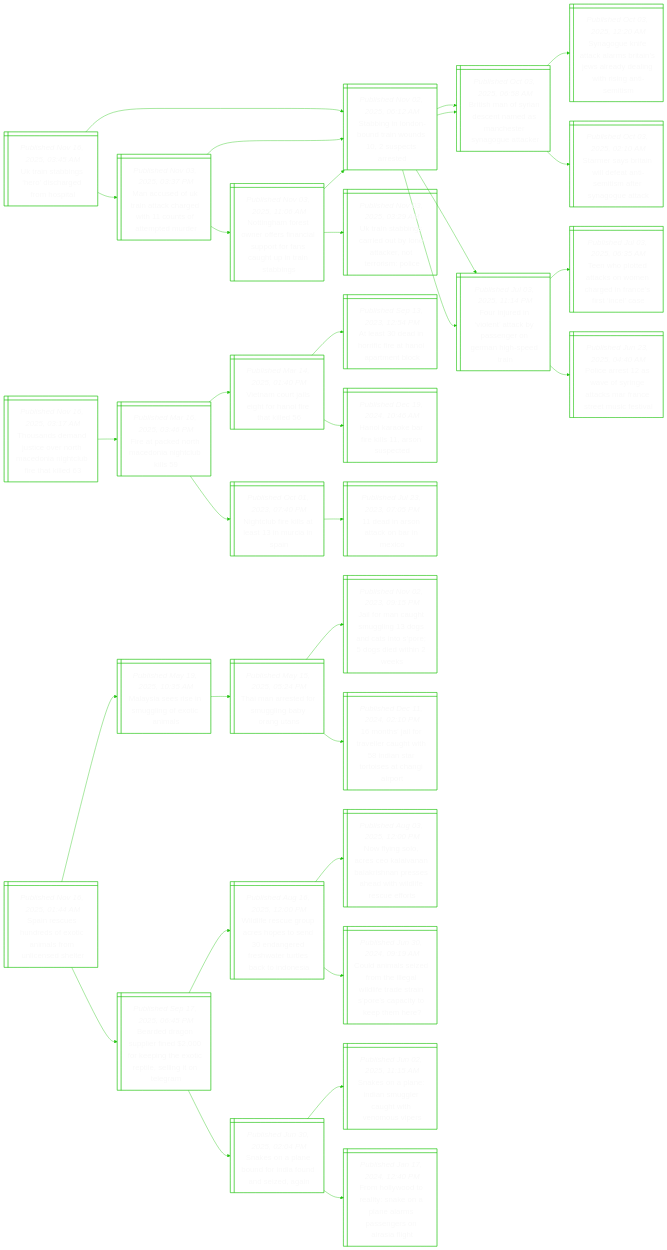
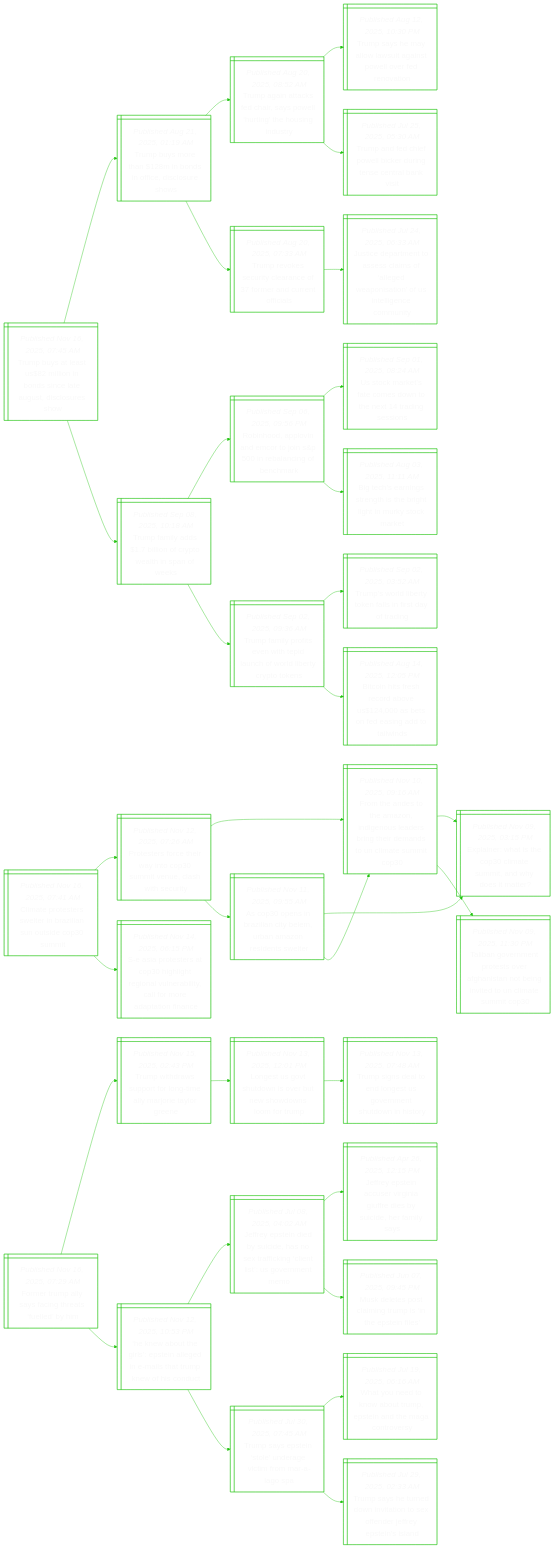
The diagram in README.md (notJmes/notJmes), drawn with Mermaid before and after one commit. The commit also changed other lines of this file, not shown here.

````diff
--- a/README.md
+++ b/README.md
@@ -16,109 +16,109 @@
 flowchart LR
 classDef txtsize font-size:20px;
 
-Uibsdafoa@{ shape: win-pane, label: "_Published Nov 16, 2025, 03:45 AM_
-Uk train stabbings ‘hero’ discharged from hospital" }
-SiLndndpat@{ shape: win-pane, label: "_Published Nov 02, 2025, 06:12 AM_
-Stabbing in london-bound train wounds 10, 2 suspects arrested" }
-Bsoisnaceaec@{ shape: win-pane, label: "_Published Oct 03, 2025, 06:58 AM_
-British man of syrian descent named as manchester synagogue attacker" }
-Sontasaerdnhnit@{ shape: win-pane, label: "_Published Oct 03, 2025, 12:20 AM_
-Synagogue knife attack alarms britain’s jews already dealing with rising anti-semitism" }
-Sesaletiasot@{ shape: win-pane, label: "_Published Oct 03, 2025, 02:10 AM_
-Starmer says britain will defeat anti-semitism after synagogue attack" }
-Fndoakseehpr@{ shape: win-pane, label: "_Published Jul 03, 2025, 11:14 PM_
-Four injured in ‘violent’ attack by passenger on german high-speed train" }
-Thttsmainina@{ shape: win-pane, label: "_Published Jul 03, 2025, 06:35 AM_
-Teen who plotted attacks on women charged in france’s first ‘incel’ case" }
-Pesasgaanruea@{ shape: win-pane, label: "_Published Jun 23, 2025, 04:40 AM_
-Police arrest 12 as wave of syringe attacks mar france street music festival" }
-Mcortcehtttr@{ shape: win-pane, label: "_Published Nov 03, 2025, 03:37 PM_
-Man accused of uk train attack charged with 11 counts of attempted murder" }
-SiLndndpat@{ shape: win-pane, label: "_Published Nov 02, 2025, 06:12 AM_
-Stabbing in london-bound train wounds 10, 2 suspects arrested" }
-Bsoisnaceaec@{ shape: win-pane, label: "_Published Oct 03, 2025, 06:58 AM_
-British man of syrian descent named as manchester synagogue attacker" }
-Fndoakseehpr@{ shape: win-pane, label: "_Published Jul 03, 2025, 11:14 PM_
-Four injured in ‘violent’ attack by passenger on german high-speed train" }
-NnFtrralorcttsi@{ shape: win-pane, label: "_Published Nov 03, 2025, 11:06 AM_
-Nottingham forest owner offers financial support for fans caught up in train stabbings" }
-SiLndndpat@{ shape: win-pane, label: "_Published Nov 02, 2025, 06:12 AM_
-Stabbing in london-bound train wounds 10, 2 suspects arrested" }
-Uibsitnanrsi@{ shape: win-pane, label: "_Published Nov 03, 2025, 03:29 AM_
-Uk train stabbings carried out by lone attacker, not terrorism: police" }
+Tbttlidcescro@{ shape: win-pane, label: "_Published Nov 16, 2025, 07:45 AM_
+Trump buys at least us$82 million in bonds since late august, disclosures show" }
+Tboabiisuo@{ shape: win-pane, label: "_Published Aug 21, 2025, 01:19 AM_
+Trump buys more than $128m in bonds in office, disclosure shows" }
+Taakcsohnhnu@{ shape: win-pane, label: "_Published Aug 20, 2025, 08:52 AM_
+Trump again attacks fed chair, says powell ‘hurting’ the housing industry" }
+Tselatnwvdvn@{ shape: win-pane, label: "_Published Aug 12, 2025, 10:30 PM_
+Trump says he may allow lawsuit against powell over fed renovation" }
+Tadflkreelv@{ shape: win-pane, label: "_Published Jul 25, 2025, 05:30 AM_
+Trump and fed chief powell bicker during tense central bank visit" }
+Treucafecnis@{ shape: win-pane, label: "_Published Aug 20, 2025, 07:33 AM_
+Trump revokes security clearance of 37 former and current officials" }
+JcanscslwniUeeoi@{ shape: win-pane, label: "_Published Jul 24, 2025, 06:33 AM_
+Justice department to assess claims of ‘alleged weaponisation’ of us intelligence community" }
+Tfyborwhae@{ shape: win-pane, label: "_Published Sep 08, 2025, 10:18 AM_
+Trump family adds $1.7 billion of crypto wealth in span of weeks" }
+RhpiEtnragnr@{ shape: win-pane, label: "_Published Sep 06, 2025, 09:56 PM_
+Robinhood, applovin and emcor to join s&p 500 in rebalancing of benchmark" }
+Uckamwhtiss@{ shape: win-pane, label: "_Published Sep 01, 2025, 08:24 AM_
+Us stock market’s fate comes down to the next 14 trading sessions" }
+Bcrsnsrlikck@{ shape: win-pane, label: "_Published Aug 03, 2025, 11:11 AM_
+Big tech’s earnings strength is the bright light in murky stock market" }
+Tfyiehdcoiyte@{ shape: win-pane, label: "_Published Sep 02, 2025, 09:36 AM_
+Trump family profits even with tepid launch of world liberty crypto tokens" }
+Tsdrklfdtn@{ shape: win-pane, label: "_Published Sep 02, 2025, 03:52 AM_
+Trump’s world liberty token falls in first day of trading" }
+Bishrvsoegow@{ shape: win-pane, label: "_Published Aug 14, 2025, 12:05 PM_
+Bitcoin hits fresh record above us$124,000 as bets on fed easing add to tailwinds" }
 
-Uibsdafoa:::txtsize --> SiLndndpat:::txtsize
-SiLndndpat:::txtsize --> Bsoisnaceaec:::txtsize
-Bsoisnaceaec:::txtsize --> Sontasaerdnhnit:::txtsize
-Bsoisnaceaec:::txtsize --> Sesaletiasot:::txtsize
-SiLndndpat:::txtsize --> Fndoakseehpr:::txtsize
-Fndoakseehpr:::txtsize --> Thttsmainina:::txtsize
-Fndoakseehpr:::txtsize --> Pesasgaanruea:::txtsize
-Uibsdafoa:::txtsize --> Mcortcehtttr:::txtsize
-Mcortcehtttr:::txtsize --> SiLndndpat:::txtsize
-SiLndndpat:::txtsize --> Bsoisnaceaec:::txtsize
-SiLndndpat:::txtsize --> Fndoakseehpr:::txtsize
-Mcortcehtttr:::txtsize --> NnFtrralorcttsi:::txtsize
-NnFtrralorcttsi:::txtsize --> SiLndndpat:::txtsize
-NnFtrralorcttsi:::txtsize --> Uibsitnanrsi:::txtsize
+Tbttlidcescro:::txtsize --> Tboabiisuo:::txtsize
+Tboabiisuo:::txtsize --> Taakcsohnhnu:::txtsize
+Taakcsohnhnu:::txtsize --> Tselatnwvdvn:::txtsize
+Taakcsohnhnu:::txtsize --> Tadflkreelv:::txtsize
+Tboabiisuo:::txtsize --> Treucafecnis:::txtsize
+Treucafecnis:::txtsize --> JcanscslwniUeeoi:::txtsize
+Tbttlidcescro:::txtsize --> Tfyborwhae:::txtsize
+Tfyborwhae:::txtsize --> RhpiEtnragnr:::txtsize
+RhpiEtnragnr:::txtsize --> Uckamwhtiss:::txtsize
+RhpiEtnragnr:::txtsize --> Bcrsnsrlikck:::txtsize
+Tfyborwhae:::txtsize --> Tfyiehdcoiyte:::txtsize
+Tfyiehdcoiyte:::txtsize --> Tsdrklfdtn:::txtsize
+Tfyiehdcoiyte:::txtsize --> Bishrvsoegow:::txtsize
 
-Taejcrhdncial@{ shape: win-pane, label: "_Published Nov 16, 2025, 03:17 AM_
-Thousands demand justice over north macedonia nightclub fire that killed 63" }
-Fteteatk@{ shape: win-pane, label: "_Published Mar 16, 2025, 03:46 PM_
-Fire at packed north macedonia nightclub kills 59" }
-VarlhHfhl@{ shape: win-pane, label: "_Published Mar 14, 2025, 01:40 PM_
-Vietnam court jails eight for hanoi fire that killed 56" }
-Asdrcaortk@{ shape: win-pane, label: "_Published Sep 13, 2023, 12:54 PM_
-At least 30 dead in horrific fire at hanoi apartment block" }
-Hkkfirut@{ shape: win-pane, label: "_Published Dec 19, 2024, 10:46 AM_
-Hanoi karaoke bar fire kills 11, arson suspected" }
-NcillicS@{ shape: win-pane, label: "_Published Oct 01, 2023, 07:40 PM_
-Nightclub fire kills at least 13 in murcia in spain" }
-dnncae@{ shape: win-pane, label: "_Published Jul 23, 2023, 07:05 PM_
-11 dead in arson attack on bar in mexico" }
+CttrlnistCm@{ shape: win-pane, label: "_Published Nov 16, 2025, 07:41 AM_
+Climate protesters swelter in brazilian sun outside cop30 summit" }
+Psftwtstehsi@{ shape: win-pane, label: "_Published Nov 12, 2025, 07:26 AM_
+Protesters force their way into cop30 summit venue, clash with security" }
+FhehzdoabtddNamO@{ shape: win-pane, label: "_Published Nov 10, 2025, 09:16 AM_
+From the andes to the amazon, indigenous leaders bring their demands to un climate summit cop30" }
+EihtPamndte@{ shape: win-pane, label: "_Published Nov 09, 2025, 03:15 PM_
+Explainer: what is the cop30 climate summit, and why does it matter?" }
+Taentofinivtlei@{ shape: win-pane, label: "_Published Nov 09, 2025, 11:30 PM_
+Taliban government protests over afghanistan not being invited to un climate summit cop30" }
+AoiznBuAndse@{ shape: win-pane, label: "_Published Nov 11, 2025, 09:55 AM_
+As cop30 opens in brazilian city belem, urban amazon residents swelter" }
+EihtPamndte@{ shape: win-pane, label: "_Published Nov 09, 2025, 03:15 PM_
+Explainer: what is the cop30 climate summit, and why does it matter?" }
+FhehzdoabtddNamO@{ shape: win-pane, label: "_Published Nov 10, 2025, 09:16 AM_
+From the andes to the amazon, indigenous leaders bring their demands to un climate summit cop30" }
+SaesPlrnlbyfrpoa@{ shape: win-pane, label: "_Published Nov 14, 2025, 06:15 PM_
+S-e asia protesters at cop30 highlight regional vulnerability, call for more adaptation finance" }
 
-Taejcrhdncial:::txtsize --> Fteteatk:::txtsize
-Fteteatk:::txtsize --> VarlhHfhl:::txtsize
-VarlhHfhl:::txtsize --> Asdrcaortk:::txtsize
-VarlhHfhl:::txtsize --> Hkkfirut:::txtsize
-Fteteatk:::txtsize --> NcillicS:::txtsize
-NcillicS:::txtsize --> dnncae:::txtsize
+CttrlnistCm:::txtsize --> Psftwtstehsi:::txtsize
+Psftwtstehsi:::txtsize --> FhehzdoabtddNamO:::txtsize
+FhehzdoabtddNamO:::txtsize --> EihtPamndte:::txtsize
+FhehzdoabtddNamO:::txtsize --> Taentofinivtlei:::txtsize
+Psftwtstehsi:::txtsize --> AoiznBuAndse:::txtsize
+AoiznBuAndse:::txtsize --> EihtPamndte:::txtsize
+AoiznBuAndse:::txtsize --> FhehzdoabtddNamO:::txtsize
+CttrlnistCm:::txtsize --> SaesPlrnlbyfrpoa:::txtsize
 
-Sredotifnnhr@{ shape: win-pane, label: "_Published Nov 16, 2025, 01:44 AM_
-Spain rescues hundreds of exotic animals from unlicensed shelter" }
-Mseeunxal@{ shape: win-pane, label: "_Published May 19, 2025, 10:35 AM_
-Malaysia sees rise in smuggling of exotic animals" }
-Taefunygs@{ shape: win-pane, label: "_Published May 15, 2025, 05:24 PM_
-Thai man arrested for smuggling baby orang utans" }
-JoctgdnsSdite@{ shape: win-pane, label: "_Published Nov 02, 2023, 09:15 PM_
-Jail for man caught smuggling 13 dogs and cats into s’pore; 5 dogs died within 2 weeks" }
-msfaegtiatsait@{ shape: win-pane, label: "_Published Dec 11, 2024, 02:10 PM_
-16 months’ jail for traveller caught with 58 indian star tortoises at changi airport" }
-Begprdegxrlltlm@{ shape: win-pane, label: "_Published Sep 17, 2025, 06:45 PM_
-Bearded dragon supplier fined $2,000 for keeping the exotic reptile, selling it on telegram" }
-Wisrcooegfwtekdi@{ shape: win-pane, label: "_Published Aug 16, 2025, 12:00 PM_
-Wildlife rescue group acres hopes to send 30 endangered freshwater turtles back to indonesia" }
-NyorOinkneawifcf@{ shape: win-pane, label: "_Published Aug 03, 2025, 12:00 PM_
-Now flying solo, acres ceo kalaivanan balakrishnan presses ahead with wildlife rescue efforts" }
-Calzoiadtsneatph@{ shape: win-pane, label: "_Published Jun 30, 2024, 09:19 AM_
-Could animals seized from the illegal wildlife trade strain s’pore’s capacity to keep them here?" }
-Sslooinsdn@{ shape: win-pane, label: "_Published Jun 30, 2025, 02:04 PM_
-Snakes on a plane bound for india found and seized, again" }
-Sslnsluinsr@{ shape: win-pane, label: "_Published Jun 02, 2025, 11:15 AM_
-Snakes on a plane: indian smuggler caught with venomous vipers" }
-Foortkpasesrft@{ shape: win-pane, label: "_Published Jan 17, 2024, 12:40 PM_
-From hollywood to reality: snake on a plane alarms passengers on airasia flight" }
+Frpsattly@{ shape: win-pane, label: "_Published Nov 16, 2025, 07:29 AM_
+Former trump ally says facing threats ‘fuelled’ by him" }
+TwrutomyoaGe@{ shape: win-pane, label: "_Published Nov 15, 2025, 02:43 PM_
+Trump withdraws support for long-time ally marjorie taylor greene" }
+Lsounenonmr@{ shape: win-pane, label: "_Published Nov 13, 2025, 12:01 PM_
+Longest us govt shutdown is over but new showdowns loom for trump" }
+Tsdootveuns@{ shape: win-pane, label: "_Published Nov 13, 2025, 07:48 AM_
+Trump signs deal to end longest us government shutdown in history" }
+HwtipngesTkfot@{ shape: win-pane, label: "_Published Nov 12, 2025, 10:53 PM_
+‘he knew about the girls’: epstein alleged in e-mails that trump knew of his conduct" }
+Jetisdntigntvem@{ shape: win-pane, label: "_Published Jul 08, 2025, 04:02 AM_
+Jeffrey epstein died by suicide, has no sex trafficking ‘client list’: us government memo" }
+Jetcriiebceiy@{ shape: win-pane, label: "_Published Apr 26, 2025, 12:15 PM_
+Jeffrey epstein accuser virginia giuffre dies by suicide, her family says" }
+MesciuiEie@{ shape: win-pane, label: "_Published Jun 07, 2025, 09:45 PM_
+Musk deletes post claiming trump is ‘in the epstein files’" }
+Tspnerifag@{ shape: win-pane, label: "_Published Jul 30, 2025, 07:45 AM_
+Trump says epstein ‘stole’ underage victim from mar-a-lago spa" }
+WodoumtnMov@{ shape: win-pane, label: "_Published Jul 19, 2025, 06:16 AM_
+What you need to know about trump, epstein and the maga controversy" }
+Tseentnxneyes@{ shape: win-pane, label: "_Published Jul 29, 2025, 02:33 AM_
+Trump says he turned down invitation to sex offender jeffrey epstein’s island" }
 
-Sredotifnnhr:::txtsize --> Mseeunxal:::txtsize
-Mseeunxal:::txtsize --> Taefunygs:::txtsize
-Taefunygs:::txtsize --> JoctgdnsSdite:::txtsize
-Taefunygs:::txtsize --> msfaegtiatsait:::txtsize
-Sredotifnnhr:::txtsize --> Begprdegxrlltlm:::txtsize
-Begprdegxrlltlm:::txtsize --> Wisrcooegfwtekdi:::txtsize
-Wisrcooegfwtekdi:::txtsize --> NyorOinkneawifcf:::txtsize
-Wisrcooegfwtekdi:::txtsize --> Calzoiadtsneatph:::txtsize
-Begprdegxrlltlm:::txtsize --> Sslooinsdn:::txtsize
-Sslooinsdn:::txtsize --> Sslnsluinsr:::txtsize
-Sslooinsdn:::txtsize --> Foortkpasesrft:::txtsize
+Frpsattly:::txtsize --> TwrutomyoaGe:::txtsize
+TwrutomyoaGe:::txtsize --> Lsounenonmr:::txtsize
+Lsounenonmr:::txtsize --> Tsdootveuns:::txtsize
+Frpsattly:::txtsize --> HwtipngesTkfot:::txtsize
+HwtipngesTkfot:::txtsize --> Jetisdntigntvem:::txtsize
+Jetisdntigntvem:::txtsize --> Jetcriiebceiy:::txtsize
+Jetisdntigntvem:::txtsize --> MesciuiEie:::txtsize
+HwtipngesTkfot:::txtsize --> Tspnerifag:::txtsize
+Tspnerifag:::txtsize --> WodoumtnMov:::txtsize
+Tspnerifag:::txtsize --> Tseentnxneyes:::txtsize
 
 ```
````
